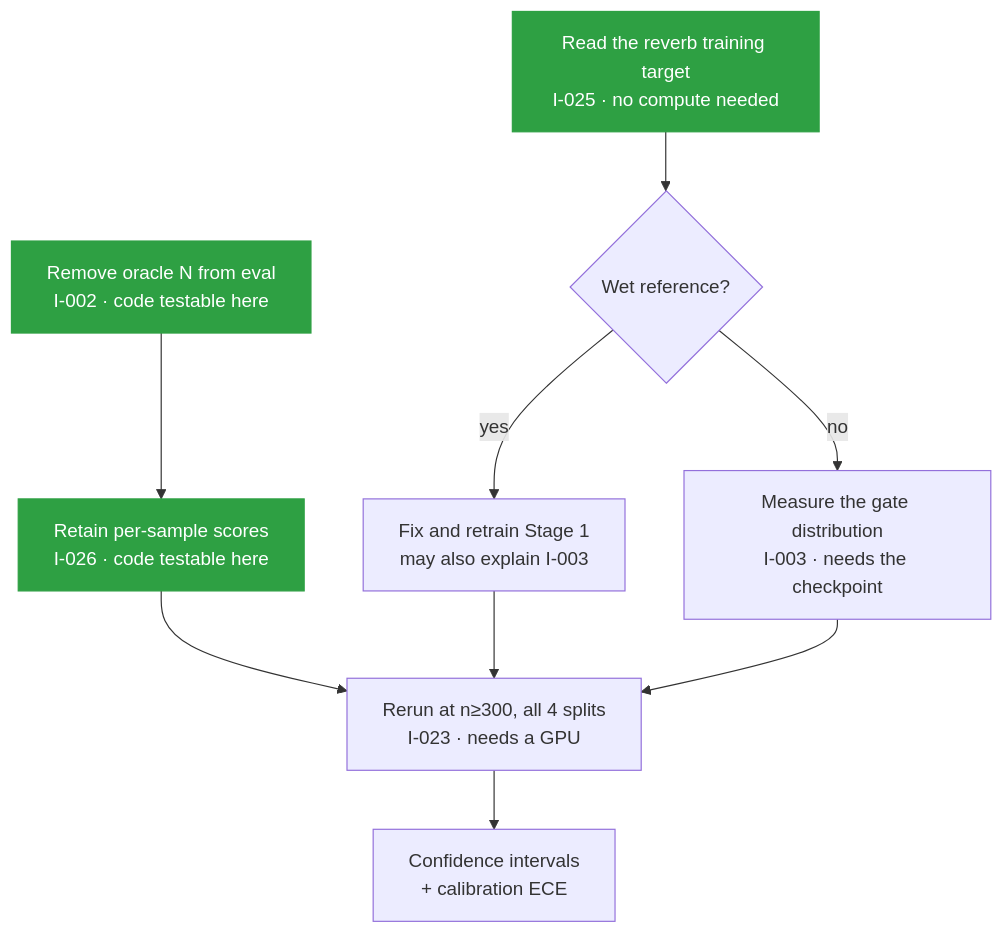
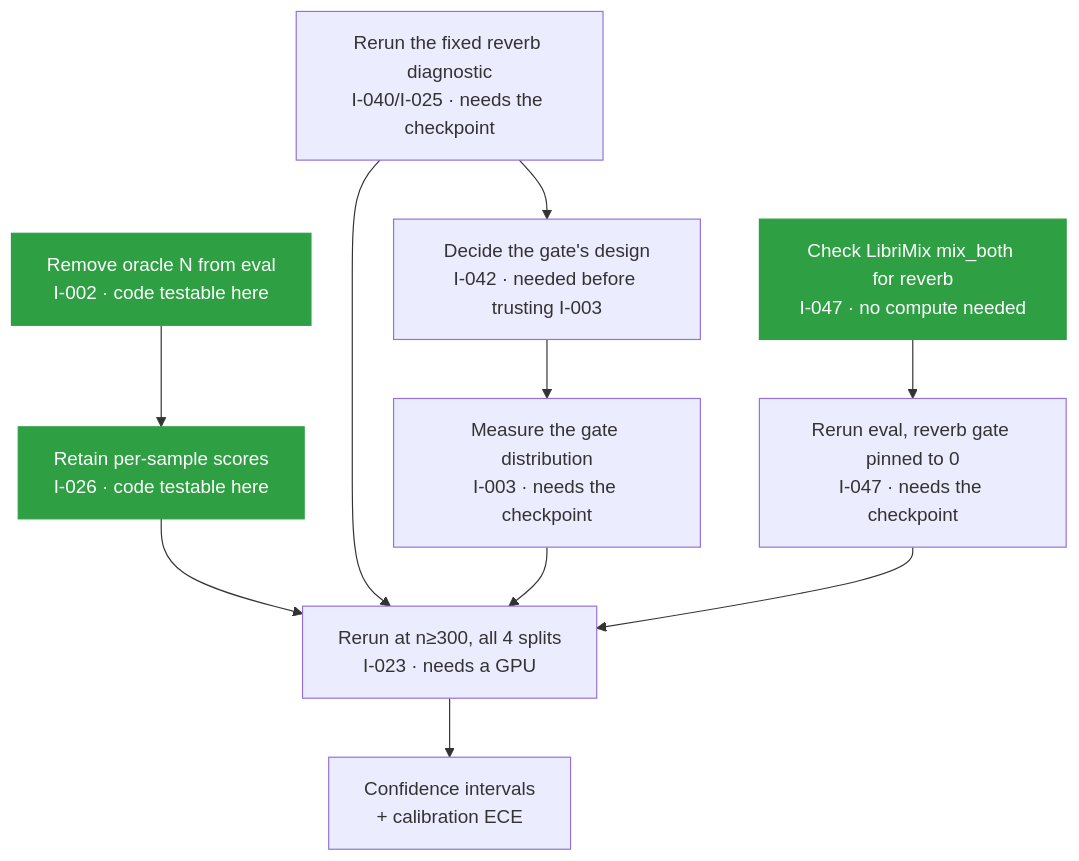
Before and after one commit to TECHSCHOLAR777/SINGLE-CHANNEL-SPEECH-SEPARATION-PROJECT: the diagram in ISSUES.md, drawn with Mermaid. The commit also changed other lines of this file and 1 other file, not shown here.

````diff
--- a/ISSUES.md
+++ b/ISSUES.md
@@ -140,16 +212,17 @@
 ```mermaid
 flowchart TD
-    A["Read the reverb training target<br/>I-025 · no compute needed"] --> B{"Wet reference?"}
-    B -->|yes| C["Fix and retrain Stage 1<br/>may also explain I-003"]
-    B -->|no| D["Measure the gate distribution<br/>I-003 · needs the checkpoint"]
+    A["Rerun the fixed reverb diagnostic<br/>I-040/I-025 · needs the checkpoint"] --> D["Decide the gate's design<br/>I-042 · needed before trusting I-003"]
+    Z["Check LibriMix mix_both for reverb<br/>I-047 · no compute needed"] --> A2["Rerun eval, reverb gate pinned to 0<br/>I-047 · needs the checkpoint"]
+    D --> C["Measure the gate distribution<br/>I-003 · needs the checkpoint"]
 
     E["Remove oracle N from eval<br/>I-002 · code testable here"] --> F["Retain per-sample scores<br/>I-026 · code testable here"]
     F --> G["Rerun at n≥300, all 4 splits<br/>I-023 · needs a GPU"]
+    A --> G
     C --> G
-    D --> G
+    A2 --> G
     G --> H["Confidence intervals<br/>+ calibration ECE"]
 
-    style A fill:#2ea043,stroke:#2ea043,color:#fff
+    style Z fill:#2ea043,stroke:#2ea043,color:#fff
     style E fill:#2ea043,stroke:#2ea043,color:#fff
     style F fill:#2ea043,stroke:#2ea043,color:#fff
 ```
````
